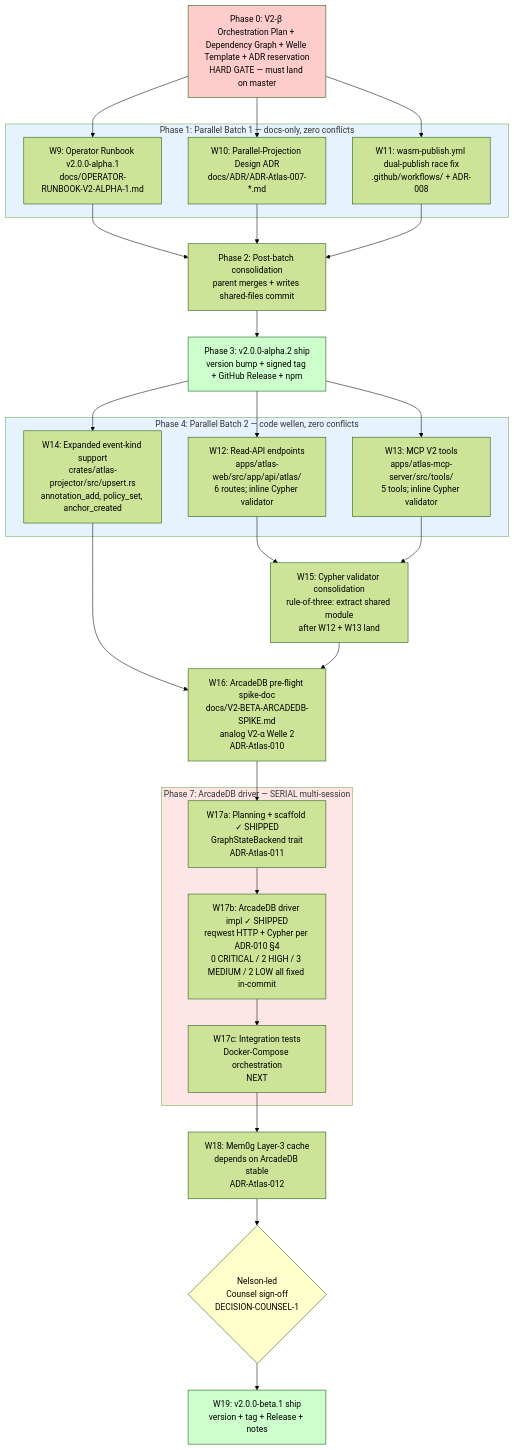
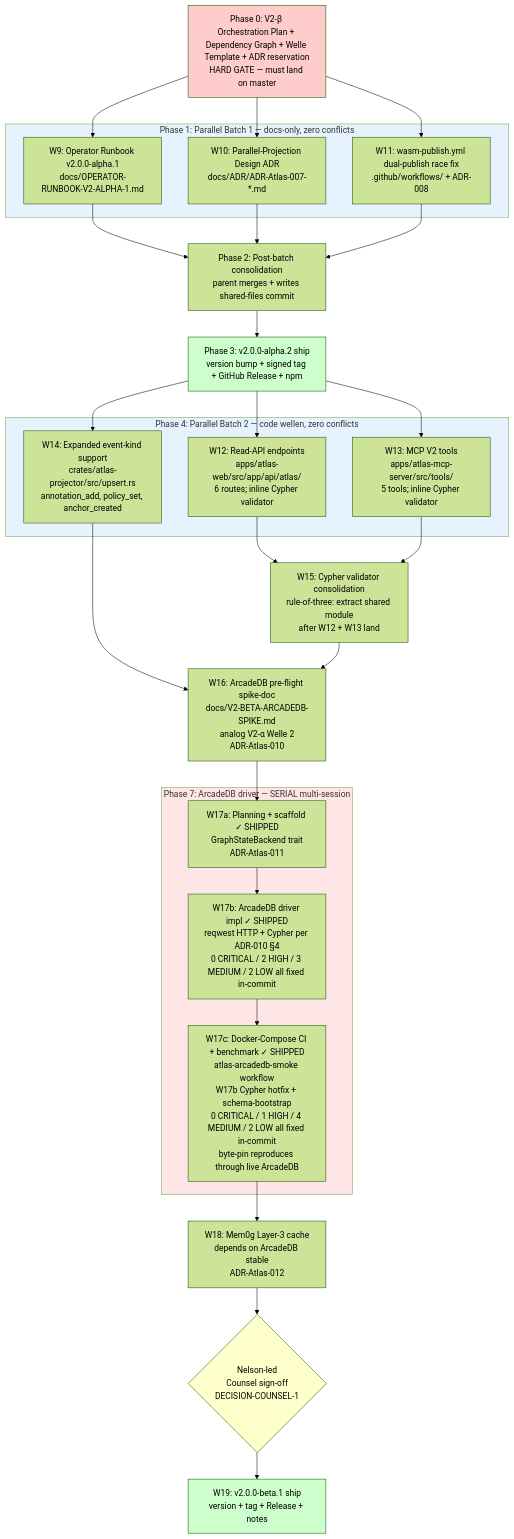
The diagram in docs/V2-BETA-DEPENDENCY-GRAPH.md (ThePyth0nKid/atlas), drawn with Mermaid (forest theme) before and after one commit. The commit also changed 5 other files, not shown here.

````diff
--- a/docs/V2-BETA-DEPENDENCY-GRAPH.md
+++ b/docs/V2-BETA-DEPENDENCY-GRAPH.md
@@ -8,65 +8,65 @@
 ```mermaid
 graph TD
     Phase0[Phase 0: V2-β Orchestration Plan + Dependency Graph + Welle Template + ADR reservation<br/>HARD GATE — must land on master]
 
     Phase0 --> W9
     Phase0 --> W10
     Phase0 --> W11
 
     subgraph PB1[Phase 1: Parallel Batch 1 — docs-only, zero conflicts]
         W9[W9: Operator Runbook v2.0.0-alpha.1<br/>docs/OPERATOR-RUNBOOK-V2-ALPHA-1.md]
         W10[W10: Parallel-Projection Design ADR<br/>docs/ADR/ADR-Atlas-007-*.md]
         W11[W11: wasm-publish.yml dual-publish race fix<br/>.github/workflows/ + ADR-008]
     end
 
     W9 --> Phase2[Phase 2: Post-batch consolidation<br/>parent merges + writes shared-files commit]
     W10 --> Phase2
     W11 --> Phase2
 
     Phase2 --> Phase3[Phase 3: v2.0.0-alpha.2 ship<br/>version bump + signed tag + GitHub Release + npm]
 
     Phase3 --> W12
     Phase3 --> W13
     Phase3 --> W14
 
     subgraph PB2[Phase 4: Parallel Batch 2 — code wellen, zero conflicts]
         W12[W12: Read-API endpoints<br/>apps/atlas-web/src/app/api/atlas/<br/>6 routes; inline Cypher validator]
         W13[W13: MCP V2 tools<br/>apps/atlas-mcp-server/src/tools/<br/>5 tools; inline Cypher validator]
         W14[W14: Expanded event-kind support<br/>crates/atlas-projector/src/upsert.rs<br/>annotation_add, policy_set, anchor_created]
     end
 
     W12 --> W15
     W13 --> W15
 
     W15[W15: Cypher validator consolidation<br/>rule-of-three: extract shared module<br/>after W12 + W13 land]
 
     W14 --> W16
     W15 --> W16
 
     W16[W16: ArcadeDB pre-flight spike-doc<br/>docs/V2-BETA-ARCADEDB-SPIKE.md<br/>analog V2-α Welle 2<br/>ADR-Atlas-010]
 
     W16 --> W17a
 
     subgraph PB3[Phase 7: ArcadeDB driver — SERIAL multi-session]
         W17a[W17a: Planning + scaffold ✓ SHIPPED<br/>GraphStateBackend trait<br/>ADR-Atlas-011]
         W17b[W17b: ArcadeDB driver impl ✓ SHIPPED<br/>reqwest HTTP + Cypher per ADR-010 §4<br/>0 CRITICAL / 2 HIGH / 3 MEDIUM / 2 LOW all fixed in-commit]
-        W17c[W17c: Integration tests<br/>Docker-Compose orchestration<br/>NEXT]
+        W17c[W17c: Docker-Compose CI + benchmark ✓ SHIPPED<br/>atlas-arcadedb-smoke workflow<br/>W17b Cypher hotfix + schema-bootstrap<br/>0 CRITICAL / 1 HIGH / 4 MEDIUM / 2 LOW all fixed in-commit<br/>byte-pin reproduces through live ArcadeDB]
     end
 
     W17a --> W17b
     W17b --> W17c
 
     W17c --> W18[W18: Mem0g Layer-3 cache<br/>depends on ArcadeDB stable<br/>ADR-Atlas-012]
 
     W18 --> CounselGate{Nelson-led<br/>Counsel sign-off<br/>DECISION-COUNSEL-1}
 
     CounselGate --> W19[W19: v2.0.0-beta.1 ship<br/>version + tag + Release + notes]
 
     style Phase0 fill:#ffcccc
     style Phase3 fill:#ccffcc
     style W19 fill:#ccffcc
     style CounselGate fill:#ffffcc
     style PB1 fill:#e6f3ff
     style PB2 fill:#e6f3ff
     style PB3 fill:#ffe6e6
 ```
````
